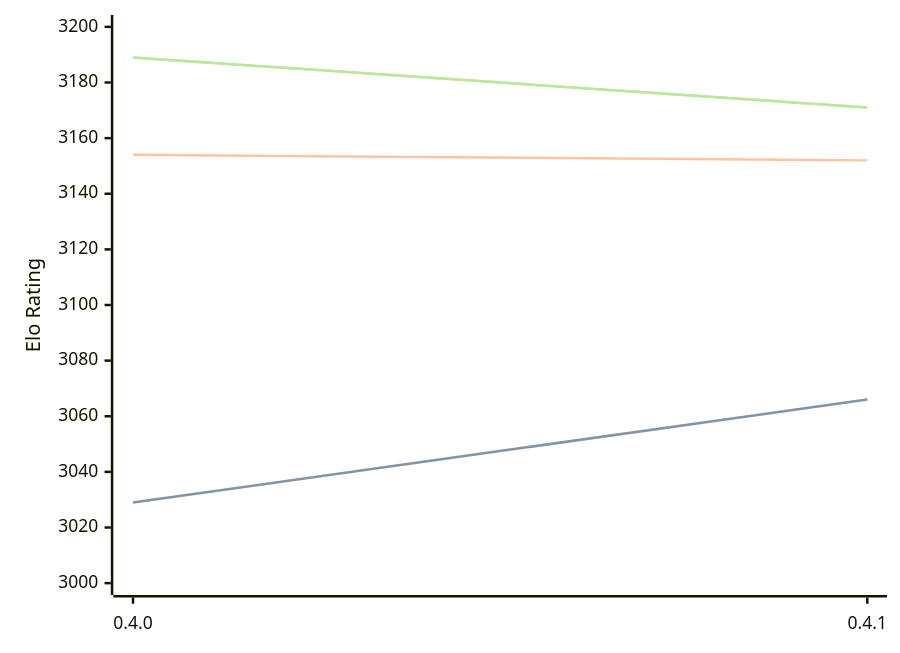
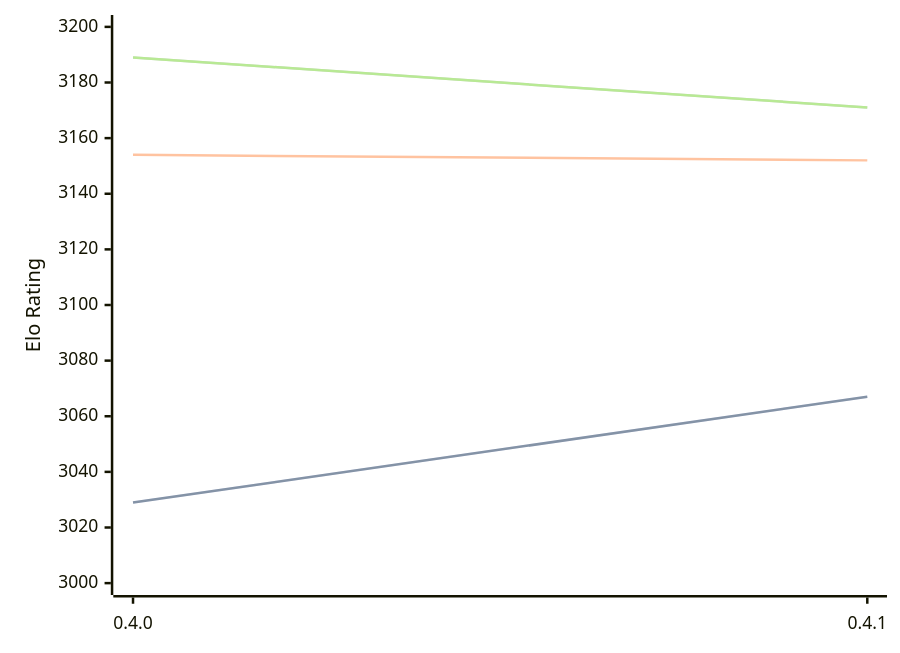
Before and after one commit to computer-chess-index/cci: the diagram in engines/Cinder.md, drawn with Mermaid. The commit also changed other lines of this file, not shown here.

Commit message:
Update CCI Ratings (ELO VLTC) - 2026-02-24

````diff
--- a/engines/Cinder.md
+++ b/engines/Cinder.md
@@ -37,11 +37,11 @@
 ```mermaid
 %%{init: {"theme":"base","themeVariables":{"seriesColors:['#a3a3a3','#222221','#faa371']}}}%%
 xychart-beta
   x-axis ["0.4.0", "0.4.1"]
   y-axis "Elo Rating" 3000 --> 3200
-  line "STC (8.0+0.08s)" [3029, 3066]
-  line "STC (8.0+0.08s)" [3029, 3066]
+  line "STC (8.0+0.08s)" [3029, 3067]
+  line "STC (8.0+0.08s)" [3029, 3067]
   line "LTC (60.0+0.60s)" [3154, 3152]
   line "VLTC (2m24s+1.12s)" [3189, 3171]
   line "VLTC (2m24s+1.12s)" [3189, 3171]
 ```
````
